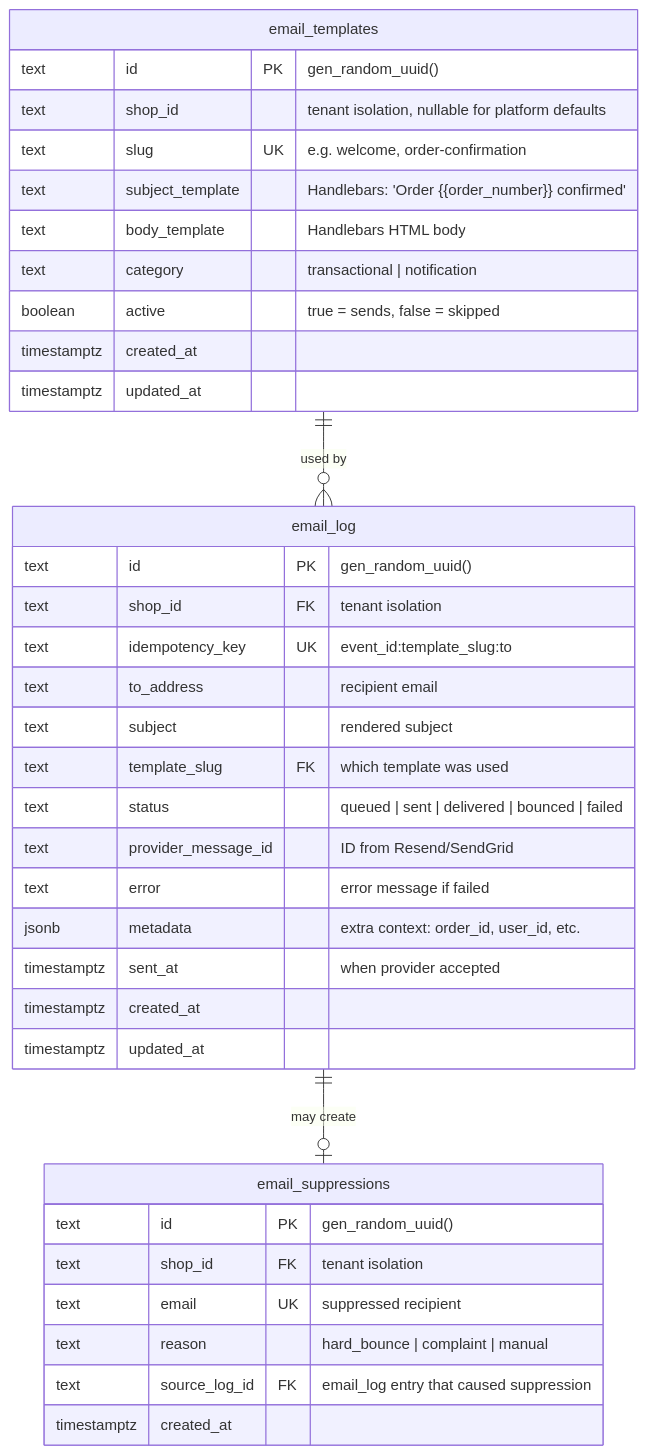
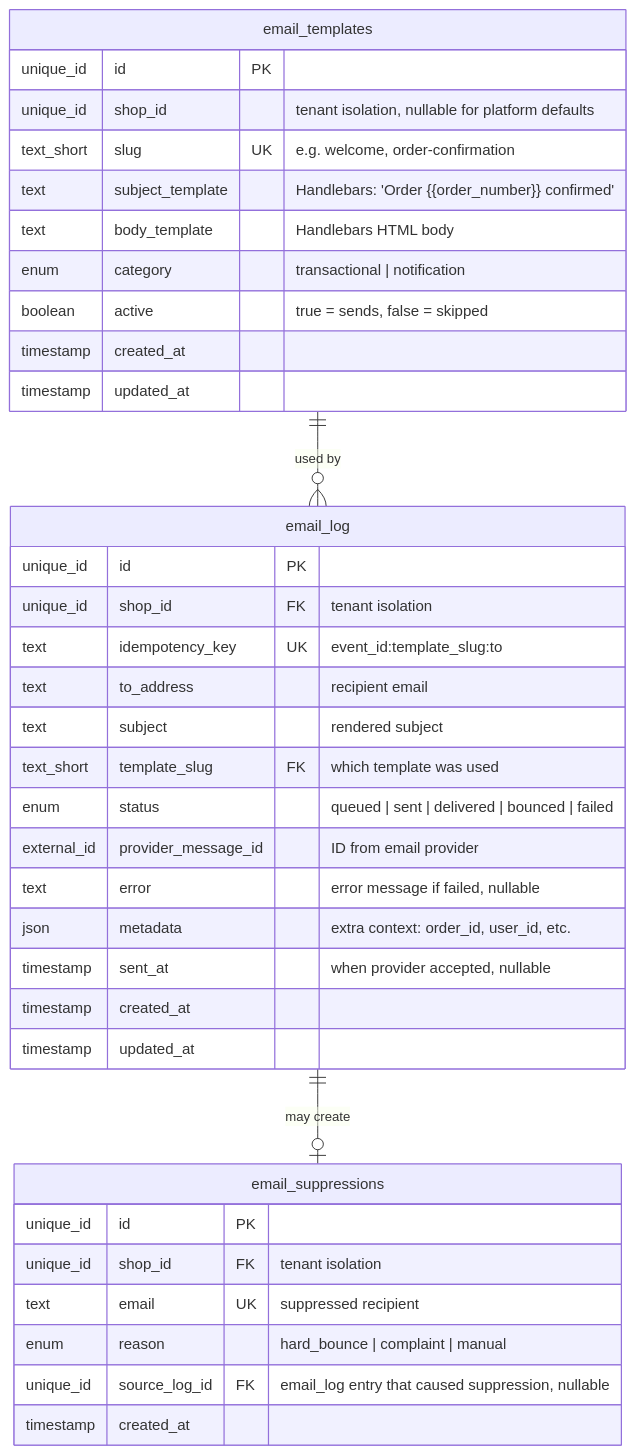
The first of 5 diagrams in messaging/transactional-email/README.md (nguyenvanduocit/primitive-blocks-specs), drawn with Mermaid before and after one commit. The commit also changed other lines of this file and 28 other files, not shown here.

````diff
--- a/messaging/transactional-email/README.md
+++ b/messaging/transactional-email/README.md
@@ -56,42 +58,42 @@
 ```mermaid
 erDiagram
     email_templates {
-        text id PK "gen_random_uuid()"
-        text shop_id "tenant isolation, nullable for platform defaults"
-        text slug UK "e.g. welcome, order-confirmation"
+        unique_id id PK
+        unique_id shop_id "tenant isolation, nullable for platform defaults"
+        text_short slug UK "e.g. welcome, order-confirmation"
         text subject_template "Handlebars: 'Order {{order_number}} confirmed'"
         text body_template "Handlebars HTML body"
-        text category "transactional | notification"
+        enum category "transactional | notification"
         boolean active "true = sends, false = skipped"
-        timestamptz created_at
-        timestamptz updated_at
+        timestamp created_at
+        timestamp updated_at
     }
 
     email_log {
-        text id PK "gen_random_uuid()"
-        text shop_id FK "tenant isolation"
+        unique_id id PK
+        unique_id shop_id FK "tenant isolation"
         text idempotency_key UK "event_id:template_slug:to"
         text to_address "recipient email"
         text subject "rendered subject"
-        text template_slug FK "which template was used"
-        text status "queued | sent | delivered | bounced | failed"
-        text provider_message_id "ID from Resend/SendGrid"
-        text error "error message if failed"
-        jsonb metadata "extra context: order_id, user_id, etc."
-        timestamptz sent_at "when provider accepted"
-        timestamptz created_at
-        timestamptz updated_at
+        text_short template_slug FK "which template was used"
+        enum status "queued | sent | delivered | bounced | failed"
+        external_id provider_message_id "ID from email provider"
+        text error "error message if failed, nullable"
+        json metadata "extra context: order_id, user_id, etc."
+        timestamp sent_at "when provider accepted, nullable"
+        timestamp created_at
+        timestamp updated_at
     }
 
     email_suppressions {
-        text id PK "gen_random_uuid()"
-        text shop_id FK "tenant isolation"
+        unique_id id PK
+        unique_id shop_id FK "tenant isolation"
         text email UK "suppressed recipient"
-        text reason "hard_bounce | complaint | manual"
-        text source_log_id FK "email_log entry that caused suppression"
-        timestamptz created_at
+        enum reason "hard_bounce | complaint | manual"
+        unique_id source_log_id FK "email_log entry that caused suppression, nullable"
+        timestamp created_at
     }
 
     email_templates ||--o{ email_log : "used by"
     email_log ||--o| email_suppressions : "may create"
 ```
````
